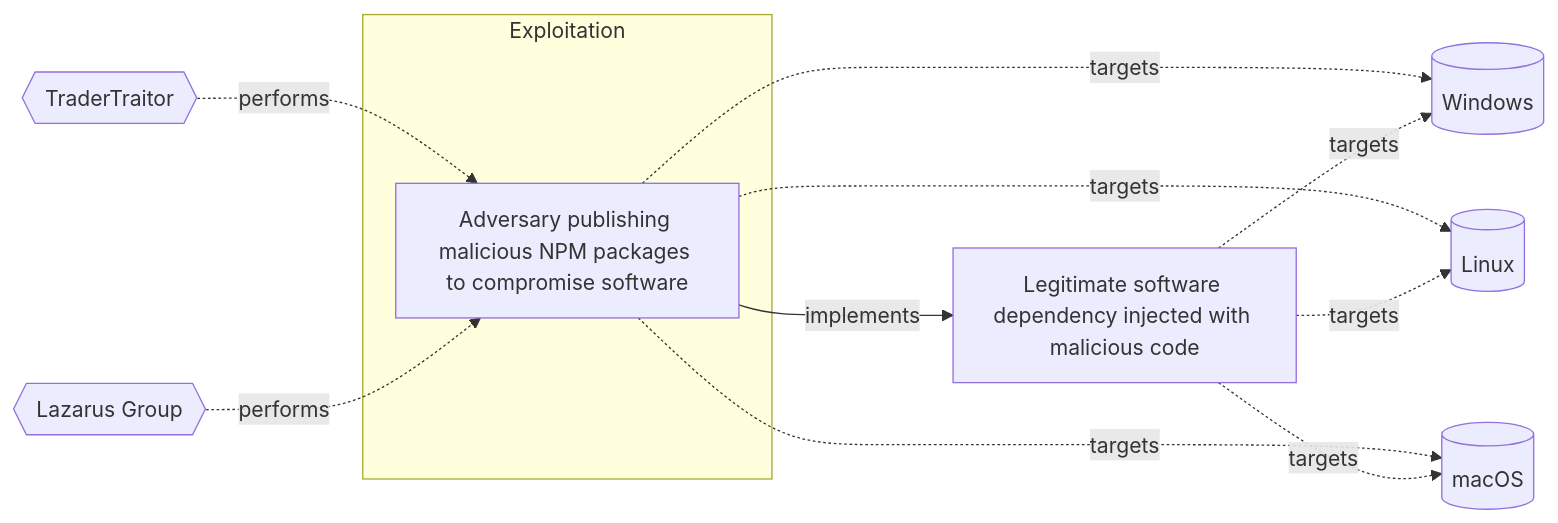
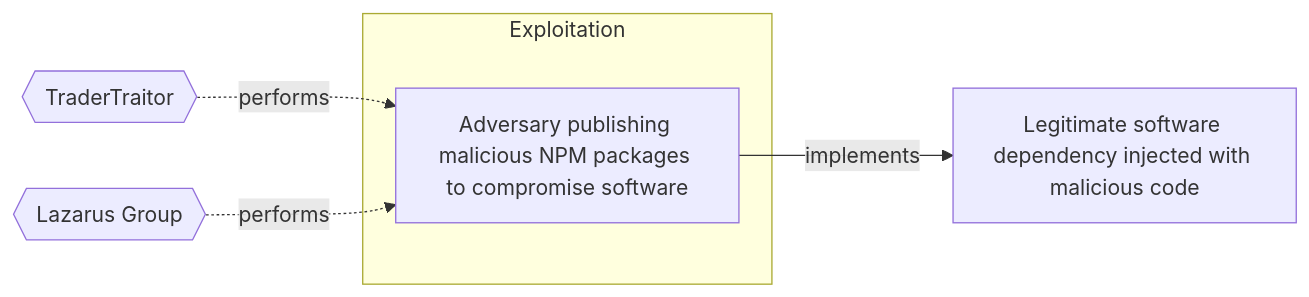
One commit to OpenTideHQ/WikiTide changed the diagram in Models/Threat Vectors/☣️ Adversary publishing malicious NPM packages to compromise software.md. Above: the diagram before and after it, drawn with Mermaid. The commit also changed other lines of this file and 232 other files, not shown here.

````diff
--- a/Models/Threat Vectors/☣️ Adversary publishing malicious NPM packages to compromise software.md
+++ b/Models/Threat Vectors/☣️ Adversary publishing malicious NPM packages to compromise software.md
@@ -69,29 +69,20 @@
 ```mermaid
 
 flowchart LR
 
 d24f2b4a-80fc-4ee7-9293-3f6e9e3bbbe4[Adversary publishing malicious NPM packages to compromise software]
 b6887f4b-eeae-462c-a2ac-7454efb5eabc[Legitimate software dependency injected with malicious code]
 
 subgraph Exploitation
 d24f2b4a-80fc-4ee7-9293-3f6e9e3bbbe4
 end
 
-Windows[(Windows)]
-Linux[(Linux)]
-macOS[(macOS)]
 TraderTraitor{{TraderTraitor}}
 LazarusGroup{{Lazarus Group}}
 
-d24f2b4a-80fc-4ee7-9293-3f6e9e3bbbe4 -.->|targets| Windows
-d24f2b4a-80fc-4ee7-9293-3f6e9e3bbbe4 -.->|targets| Linux
-d24f2b4a-80fc-4ee7-9293-3f6e9e3bbbe4 -.->|targets| macOS
-b6887f4b-eeae-462c-a2ac-7454efb5eabc -.->|targets| Windows
-b6887f4b-eeae-462c-a2ac-7454efb5eabc -.->|targets| macOS
-b6887f4b-eeae-462c-a2ac-7454efb5eabc -.->|targets| Linux
 TraderTraitor -.-> |performs| d24f2b4a-80fc-4ee7-9293-3f6e9e3bbbe4
 LazarusGroup -.-> |performs| d24f2b4a-80fc-4ee7-9293-3f6e9e3bbbe4
 
 d24f2b4a-80fc-4ee7-9293-3f6e9e3bbbe4 -->|implements| b6887f4b-eeae-462c-a2ac-7454efb5eabc
 
 ```
````
